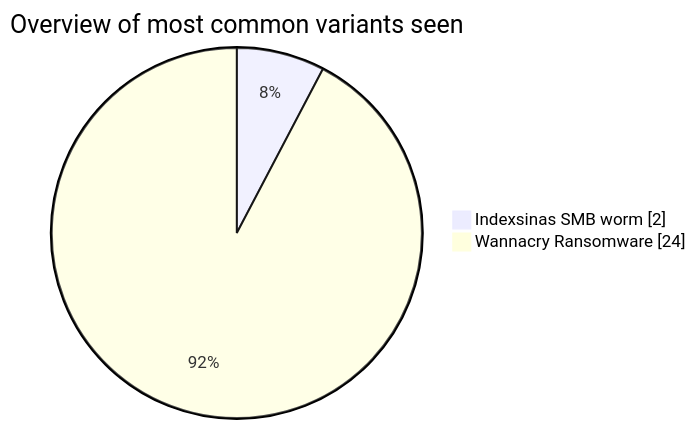
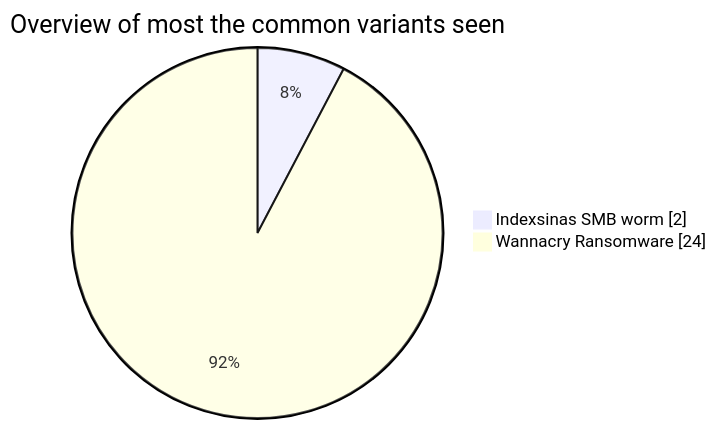
One commit to tonyx774/HoneyPot-Analysis changed the first of 2 diagrams in README.md. Above: the diagram before and after it, drawn with Mermaid.

````diff
--- a/README.md
+++ b/README.md
@@ -6,8 +6,8 @@
 ```mermaid
 
 pie showData
-    title Overview of most common variants seen
+    title Overview of most the common variants seen
     "Indexsinas SMB worm" : 2
     "Wannacry Ransomware" : 24
 
 ```
````
